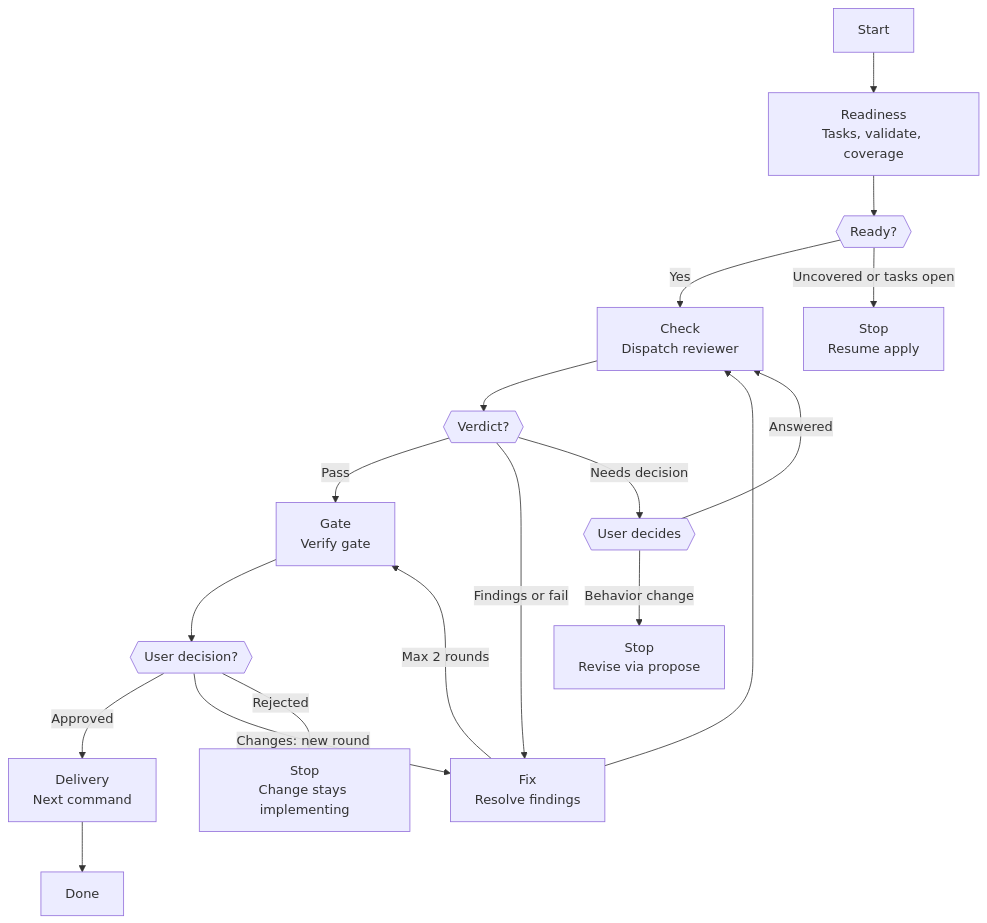
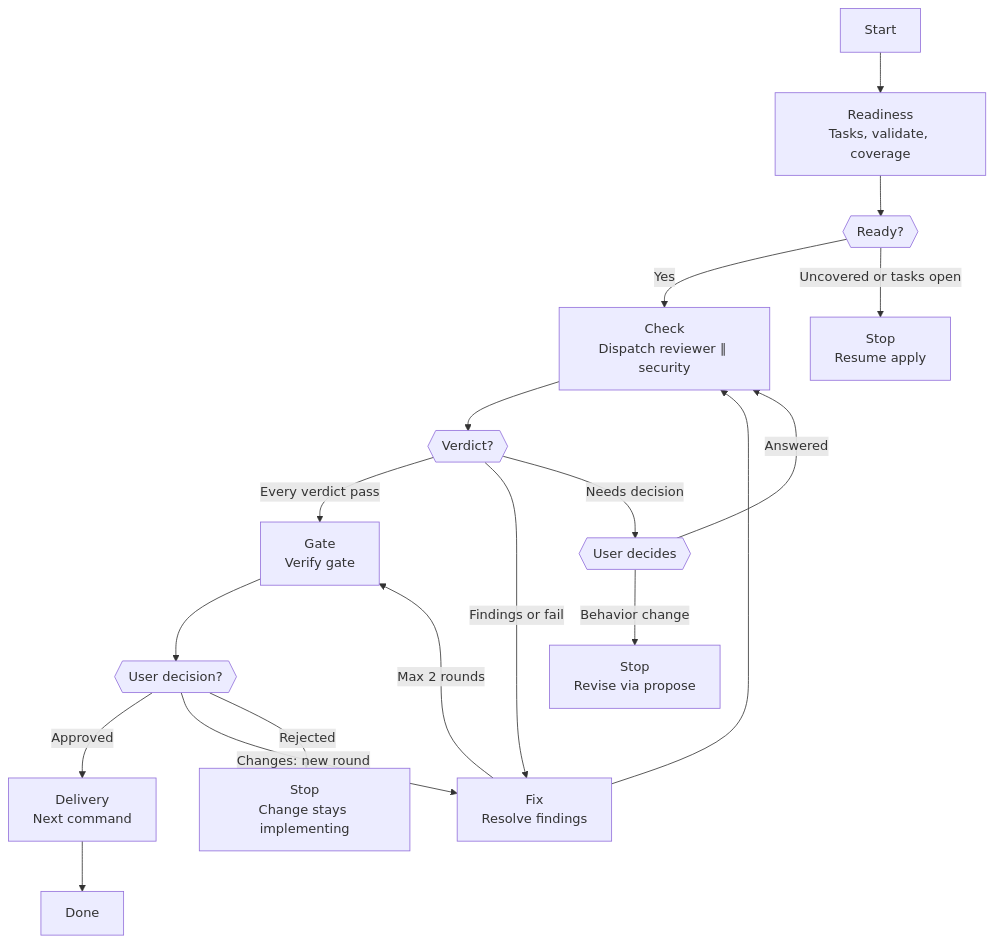
Before and after one commit to infra-medra/flow: the diagram in plugins/medra/skills/pipeline-implementer-verify/SKILL.md, drawn with Mermaid. The commit also changed other lines of this file and 37 other files, not shown here.

````diff
--- a/plugins/medra/skills/pipeline-implementer-verify/SKILL.md
+++ b/plugins/medra/skills/pipeline-implementer-verify/SKILL.md
@@ -27,20 +27,20 @@
 ```mermaid
 flowchart TD
     Start["Start"] --> Readiness["Readiness\nTasks, validate, coverage"]
     Readiness --> Ready{{"Ready?"}}
-    Ready -->|"Yes"| Check["Check\nDispatch reviewer"]
+    Ready -->|"Yes"| Check["Check\nDispatch reviewer ∥ security"]
     Ready -->|"Uncovered or tasks open"| Stop1["Stop\nResume apply"]
     Check --> Verdict{{"Verdict?"}}
-    Verdict -->|"Pass"| Gate["Gate\nVerify gate"]
+    Verdict -->|"Every verdict pass"| Gate["Gate\nVerify gate"]
     Verdict -->|"Findings or fail"| Fix["Fix\nResolve findings"]
     Verdict -->|"Needs decision"| Ask{{"User decides"}}
     Ask -->|"Answered"| Check
     Ask -->|"Behavior change"| Stop3["Stop\nRevise via propose"]
     Fix --> Check
     Fix -->|"Max 2 rounds"| Gate
     Gate --> Decision{{"User decision?"}}
     Decision -->|"Approved"| Delivery["Delivery\nNext command"]
     Decision -->|"Changes: new round"| Fix
     Decision -->|"Rejected"| Stop2["Stop\nChange stays implementing"]
     Delivery --> Done["Done"]
 ```
````
